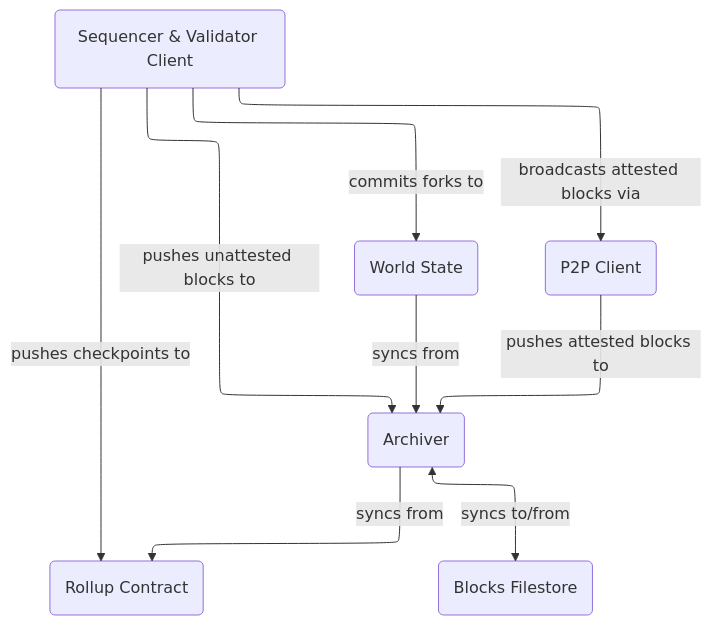
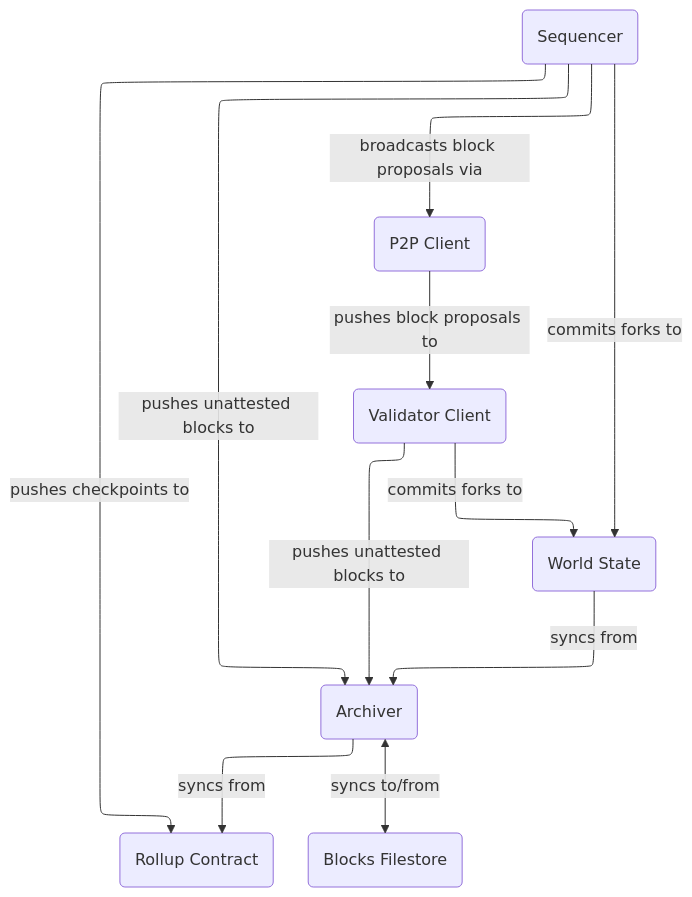
One commit to AztecProtocol/engineering-designs changed the diagram in docs/building-in-chunks/syncing.md. Above: the diagram before and after it, drawn with Mermaid. The commit also changed other lines of this file and 3 other files, not shown here.

````diff
--- a/docs/building-in-chunks/syncing.md
+++ b/docs/building-in-chunks/syncing.md
@@ -51,15 +37,17 @@
 ```mermaid
 ---
 config:
   layout: elk
 ---
 flowchart TB
     A("Archiver") -- syncs from --> L1("Rollup Contract")
     WS("World State") -- syncs from --> A
-    V("Sequencer & Validator Client") -- pushes unattested blocks to --> A
+    S("Sequencer") -- pushes unattested blocks to --> A
+    V("Validator Client") -- pushes unattested blocks to --> A
     V -- commits forks to --> WS
-    P2P("P2P Client") -- pushes attested blocks to --> A
-    V -- broadcasts attested blocks via --> P2P
-    V -- pushes checkpoints to --> L1
+    S -- commits forks to --> WS
+    P2P("P2P Client") -- pushes block proposals to --> V
+    S -- broadcasts block proposals via --> P2P
+    S -- pushes checkpoints to --> L1
     A <-- syncs to/from --> S3("Blocks Filestore")
 ```
````
